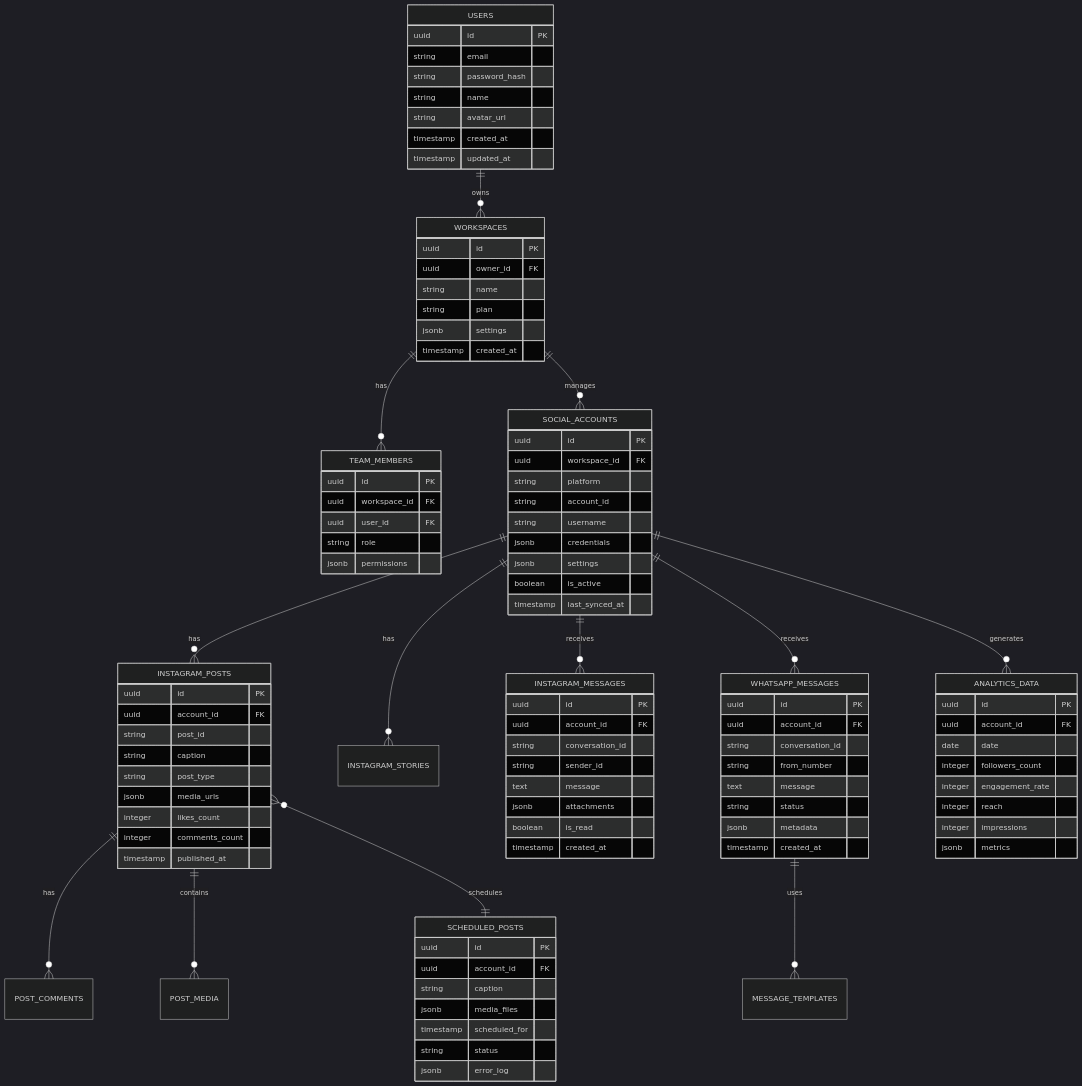
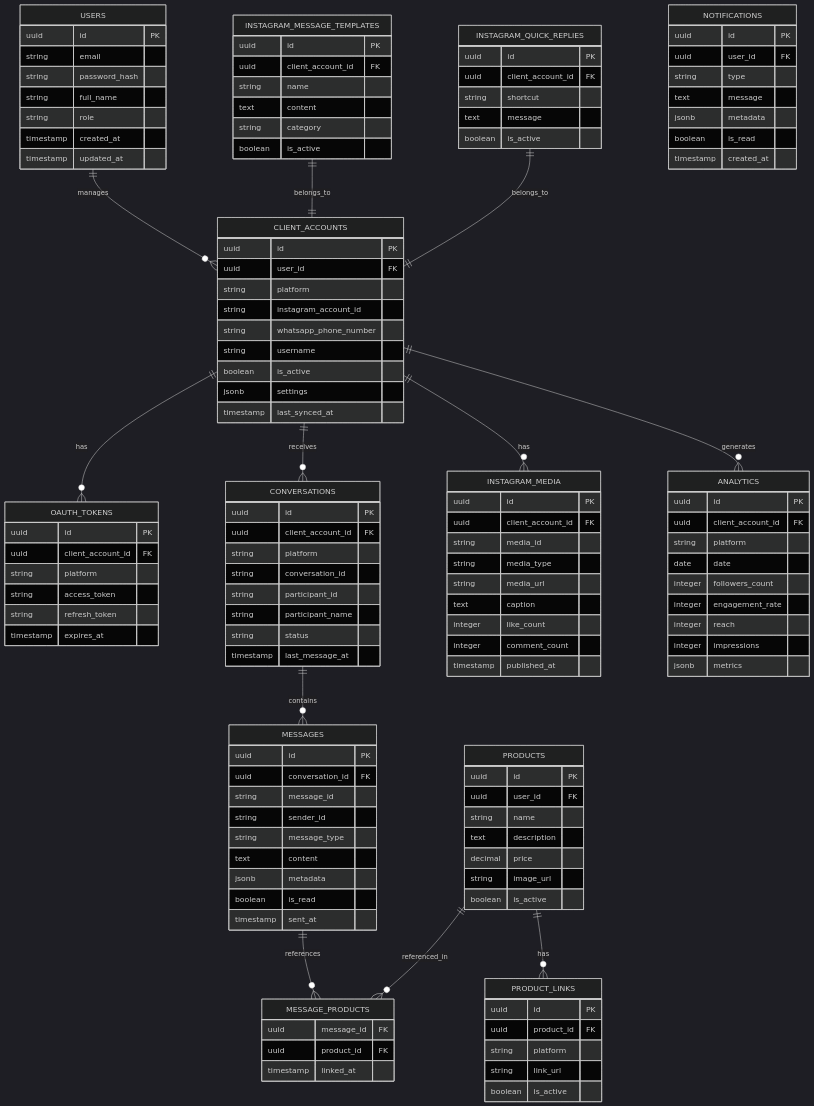
Before and after one commit to willianbvsanches13/social-selling: the second of 10 diagrams in tasks/social-selling/OVERVIEW.md, drawn with Mermaid (dark theme). The commit also changed other lines of this file and 4 other files, not shown here.

````diff
--- a/tasks/social-selling/OVERVIEW.md
+++ b/tasks/social-selling/OVERVIEW.md
@@ -233,107 +172,102 @@
 ```mermaid
 erDiagram
-    USERS ||--o{ WORKSPACES : owns
-    WORKSPACES ||--o{ TEAM_MEMBERS : has
-    WORKSPACES ||--o{ SOCIAL_ACCOUNTS : manages
+    USERS ||--o{ CLIENT_ACCOUNTS : manages
+    CLIENT_ACCOUNTS ||--o{ OAUTH_TOKENS : has
+    CLIENT_ACCOUNTS ||--o{ CONVERSATIONS : receives
+    CLIENT_ACCOUNTS ||--o{ INSTAGRAM_MEDIA : has
+    CLIENT_ACCOUNTS ||--o{ ANALYTICS : generates
 
-    SOCIAL_ACCOUNTS ||--o{ INSTAGRAM_POSTS : has
-    SOCIAL_ACCOUNTS ||--o{ INSTAGRAM_STORIES : has
-    SOCIAL_ACCOUNTS ||--o{ INSTAGRAM_MESSAGES : receives
-    SOCIAL_ACCOUNTS ||--o{ WHATSAPP_MESSAGES : receives
-    SOCIAL_ACCOUNTS ||--o{ ANALYTICS_DATA : generates
+    CONVERSATIONS ||--o{ MESSAGES : contains
+    MESSAGES ||--o{ MESSAGE_PRODUCTS : references
 
-    INSTAGRAM_POSTS ||--o{ POST_COMMENTS : has
-    INSTAGRAM_POSTS ||--o{ POST_MEDIA : contains
-    INSTAGRAM_POSTS }o--|| SCHEDULED_POSTS : schedules
+    PRODUCTS ||--o{ PRODUCT_LINKS : has
+    PRODUCTS ||--o{ MESSAGE_PRODUCTS : referenced_in
 
-    WHATSAPP_MESSAGES ||--o{ MESSAGE_TEMPLATES : uses
+    INSTAGRAM_MESSAGE_TEMPLATES ||--|| CLIENT_ACCOUNTS : belongs_to
+    INSTAGRAM_QUICK_REPLIES ||--|| CLIENT_ACCOUNTS : belongs_to
 
     USERS {
         uuid id PK
         string email
         string password_hash
-        string name
-        string avatar_url
+        string full_name
+        string role
         timestamp created_at
         timestamp updated_at
     }
 
-    WORKSPACES {
+    CLIENT_ACCOUNTS {
         uuid id PK
-        uuid owner_id FK
-        string name
-        string plan
+        uuid user_id FK
+        string platform
+        string instagram_account_id
+        string whatsapp_phone_number
+        string username
+        boolean is_active
         jsonb settings
-        timestamp created_at
-    }
-
-    TEAM_MEMBERS {
-        uuid id PK
-        uuid workspace_id FK
-        uuid user_id FK
-        string role
-        jsonb permissions
-    }
-
-    SOCIAL_ACCOUNTS {
-        uuid id PK
-        uuid workspace_id FK
-        string platform
-        string account_id
-        string username
-        jsonb credentials
-        jsonb settings
-        boolean is_active
         timestamp last_synced_at
     }
 
-    INSTAGRAM_POSTS {
+    OAUTH_TOKENS {
         uuid id PK
-        uuid account_id FK
-        string post_id
-        string caption
-        string post_type
-        jsonb media_urls
-        integer likes_count
-        integer comments_count
-        timestamp published_at
+        uuid client_account_id FK
+        string platform
+        string access_token
+        string refresh_token
+        timestamp expires_at
     }
 
-    INSTAGRAM_MESSAGES {
+    CONVERSATIONS {
         uuid id PK
-        uuid account_id FK
+        uuid client_account_id FK
+        string platform
         string conversation_id
-        string sender_id
-        text message
-        jsonb attachments
-        boolean is_read
-        timestamp created_at
+        string participant_id
+        string participant_name
+        string status
+        timestamp last_message_at
     }
 
-    WHATSAPP_MESSAGES {
+    MESSAGES {
         uuid id PK
-        uuid account_id FK
-        string conversation_id
-        string from_number
-        text message
-        string status
+        uuid conversation_id FK
+        string message_id
+        string sender_id
+        string message_type
+        text content
         jsonb metadata
-        timestamp created_at
+        boolean is_read
+        timestamp sent_at
     }
 
-    SCHEDULED_POSTS {
+    PRODUCTS {
         uuid id PK
-        uuid account_id FK
-        string caption
-        jsonb media_files
-        timestamp scheduled_for
-        string status
-        jsonb error_log
+        uuid user_id FK
+        string name
+        text description
+        decimal price
+        string image_url
+        boolean is_active
     }
 
-    ANALYTICS_DATA {
+    PRODUCT_LINKS {
         uuid id PK
-        uuid account_id FK
+        uuid product_id FK
+        string platform
+        string link_url
+        boolean is_active
+    }
+
+    MESSAGE_PRODUCTS {
+        uuid message_id FK
+        uuid product_id FK
+        timestamp linked_at
+    }
+
+    ANALYTICS {
+        uuid id PK
+        uuid client_account_id FK
+        string platform
         date date
         integer followers_count
         integer engagement_rate
@@ -341,4 +275,43 @@
         integer impressions
         jsonb metrics
     }
+
+    INSTAGRAM_MEDIA {
+        uuid id PK
+        uuid client_account_id FK
+        string media_id
+        string media_type
+        string media_url
+        text caption
+        integer like_count
+        integer comment_count
+        timestamp published_at
+    }
+
+    INSTAGRAM_MESSAGE_TEMPLATES {
+        uuid id PK
+        uuid client_account_id FK
+        string name
+        text content
+        string category
+        boolean is_active
+    }
+
+    INSTAGRAM_QUICK_REPLIES {
+        uuid id PK
+        uuid client_account_id FK
+        string shortcut
+        text message
+        boolean is_active
+    }
+
+    NOTIFICATIONS {
+        uuid id PK
+        uuid user_id FK
+        string type
+        text message
+        jsonb metadata
+        boolean is_read
+        timestamp created_at
+    }
 ```
````
